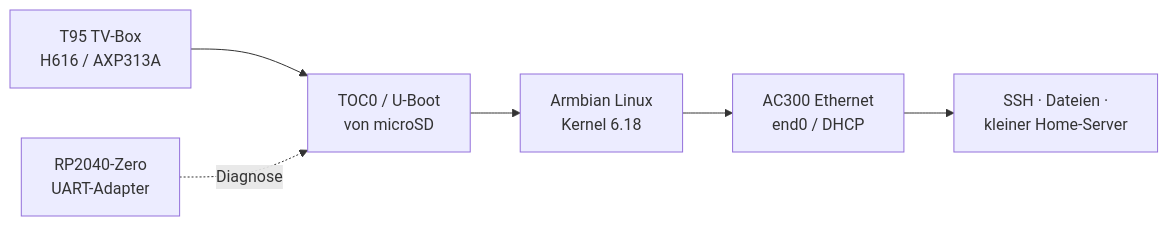
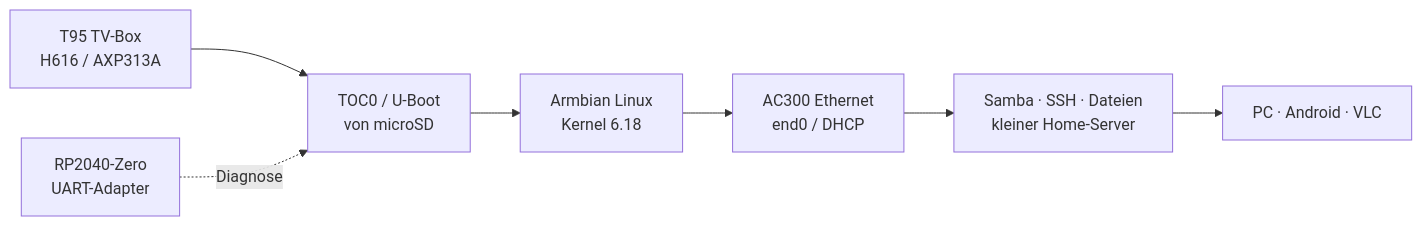
Before and after one commit to Web-Developer-DB/t95-tvbox-to-armbian-home-server: the first of 2 diagrams in README.md, drawn with Mermaid. The commit also changed other lines of this file and 6 other files, not shown here.

Commit message:
Document Samba USB home-server workflow

````diff
--- a/README.md
+++ b/README.md
@@ -37,8 +38,9 @@
 ```mermaid
 flowchart LR
     A["T95 TV-Box<br/>H616 / AXP313A"] --> B["TOC0 / U-Boot<br/>von microSD"]
     B --> C["Armbian Linux<br/>Kernel 6.18"]
     C --> D["AC300 Ethernet<br/>end0 / DHCP"]
-    D --> E["SSH · Dateien ·<br/>kleiner Home-Server"]
+    D --> E["Samba · SSH · Dateien<br/>kleiner Home-Server"]
+    E --> F["PC · Android · VLC"]
     U["RP2040-Zero<br/>UART-Adapter"] -. Diagnose .-> B
 ```
````
